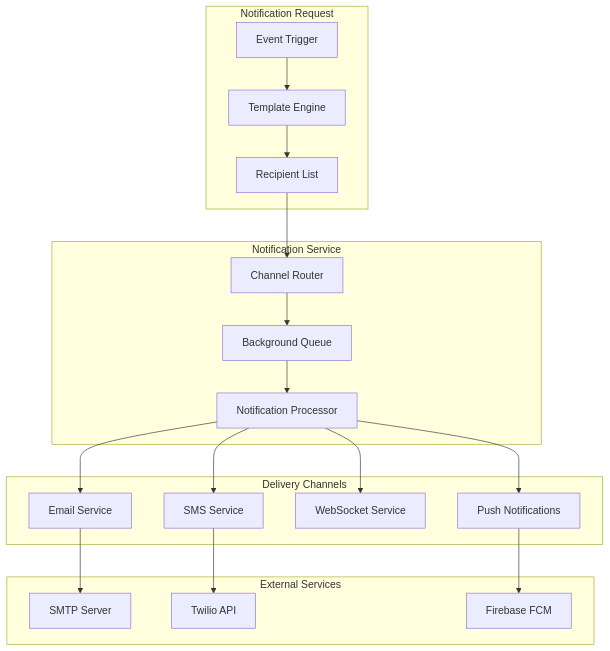
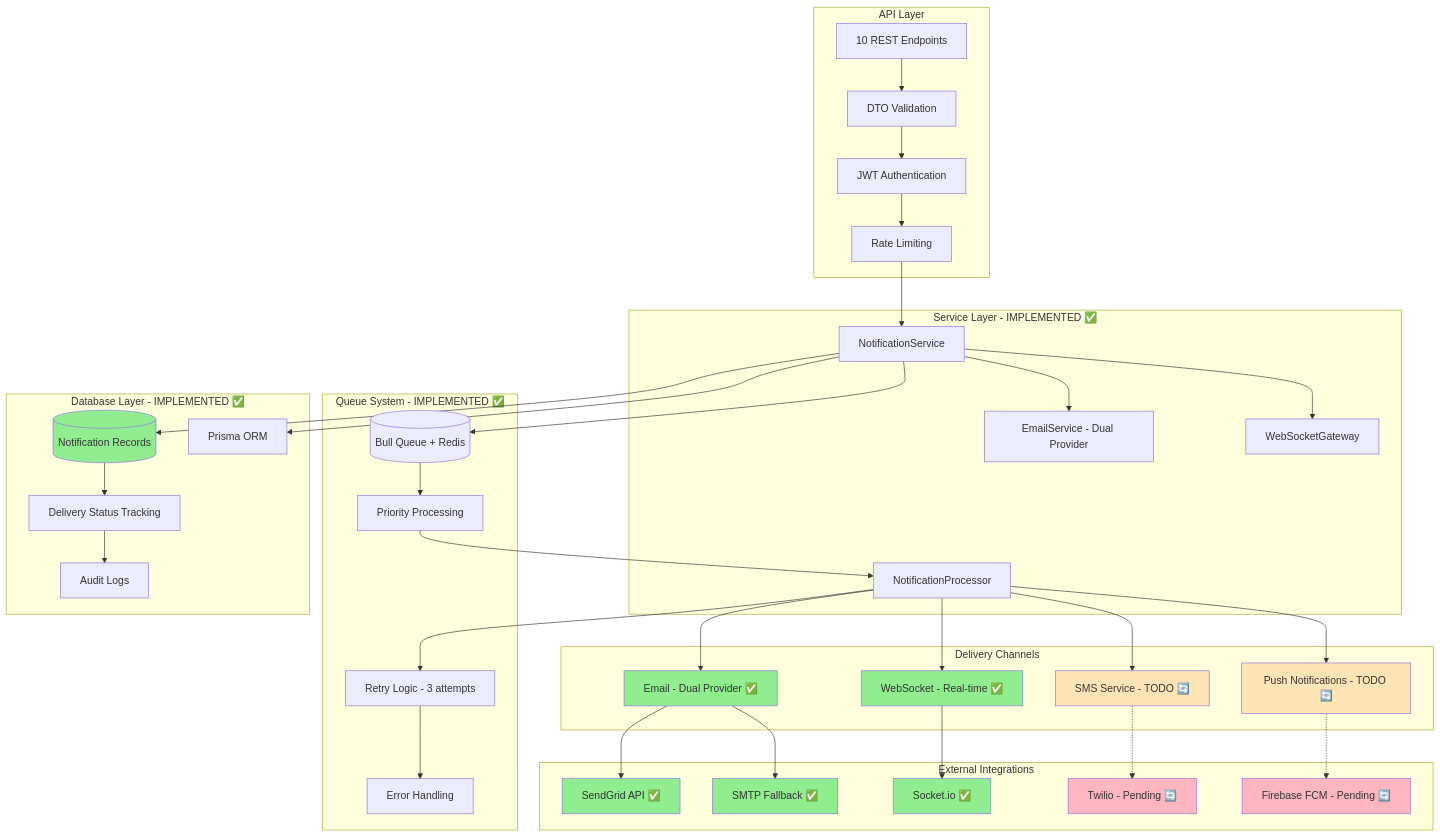
One commit to abdoElHodaky/sasscolmng changed diagram 11 of 20 in docs/ARCHITECTURE.md. Above: the diagram before and after it, drawn with Mermaid. The commit also changed other lines of this file and 6 other files, not shown here.

First line of the commit message:
feat: Complete notification system with SMS/Push services and billing foundation

````diff
--- a/docs/ARCHITECTURE.md
+++ b/docs/ARCHITECTURE.md
@@ -473,42 +473,86 @@
 ```mermaid
 graph TB
-    subgraph "Notification Request"
-        TRIGGER[Event Trigger]
-        TEMPLATE[Template Engine]
-        RECIPIENTS[Recipient List]
+    subgraph "API Layer"
+        REST_ENDPOINTS[10 REST Endpoints]
+        DTO_VALIDATION[DTO Validation]
+        JWT_AUTH[JWT Authentication]
+        RATE_LIMITING[Rate Limiting]
     end
     
-    subgraph "Notification Service"
-        ROUTER[Channel Router]
-        QUEUE[Background Queue]
-        PROCESSOR[Notification Processor]
+    subgraph "Service Layer - IMPLEMENTED ✅"
+        NOTIFICATION_SERVICE[NotificationService]
+        EMAIL_SERVICE[EmailService - Dual Provider]
+        WEBSOCKET_GATEWAY[WebSocketGateway]
+        NOTIFICATION_PROCESSOR[NotificationProcessor]
+    end
+    
+    subgraph "Queue System - IMPLEMENTED ✅"
+        BULL_QUEUE[(Bull Queue + Redis)]
+        PRIORITY_PROCESSING[Priority Processing]
+        RETRY_LOGIC[Retry Logic - 3 attempts]
+        ERROR_HANDLING[Error Handling]
     end
     
     subgraph "Delivery Channels"
-        EMAIL[Email Service]
-        SMS[SMS Service]
-        WEBSOCKET[WebSocket Service]
-        PUSH[Push Notifications]
+        EMAIL_DUAL[Email - Dual Provider ✅]
+        WEBSOCKET_REALTIME[WebSocket - Real-time ✅]
+        SMS_SERVICE[SMS Service - TODO 🔄]
+        PUSH_SERVICE[Push Notifications - TODO 🔄]
     end
     
-    subgraph "External Services"
-        SMTP[SMTP Server]
-        TWILIO[Twilio API]
-        FCM[Firebase FCM]
+    subgraph "External Integrations"
+        SENDGRID[SendGrid API ✅]
+        SMTP_SERVER[SMTP Fallback ✅]
+        SOCKET_IO[Socket.io ✅]
+        TWILIO[Twilio - Pending 🔄]
+        FCM[Firebase FCM - Pending 🔄]
     end
     
-    TRIGGER --> TEMPLATE
-    TEMPLATE --> RECIPIENTS
-    RECIPIENTS --> ROUTER
-    ROUTER --> QUEUE
-    QUEUE --> PROCESSOR
+    subgraph "Database Layer - IMPLEMENTED ✅"
+        NOTIFICATION_RECORDS[(Notification Records)]
+        DELIVERY_STATUS[Delivery Status Tracking]
+        AUDIT_LOGS[Audit Logs]
+        PRISMA_ORM[Prisma ORM]
+    end
     
-    PROCESSOR --> EMAIL
-    PROCESSOR --> SMS
-    PROCESSOR --> WEBSOCKET
-    PROCESSOR --> PUSH
+    REST_ENDPOINTS --> DTO_VALIDATION
+    DTO_VALIDATION --> JWT_AUTH
+    JWT_AUTH --> RATE_LIMITING
+    RATE_LIMITING --> NOTIFICATION_SERVICE
     
-    EMAIL --> SMTP
-    SMS --> TWILIO
-    PUSH --> FCM
+    NOTIFICATION_SERVICE --> EMAIL_SERVICE
+    NOTIFICATION_SERVICE --> WEBSOCKET_GATEWAY
+    NOTIFICATION_SERVICE --> BULL_QUEUE
+    NOTIFICATION_SERVICE --> PRISMA_ORM
+    
+    BULL_QUEUE --> PRIORITY_PROCESSING
+    PRIORITY_PROCESSING --> NOTIFICATION_PROCESSOR
+    NOTIFICATION_PROCESSOR --> RETRY_LOGIC
+    RETRY_LOGIC --> ERROR_HANDLING
+    
+    NOTIFICATION_PROCESSOR --> EMAIL_DUAL
+    NOTIFICATION_PROCESSOR --> WEBSOCKET_REALTIME
+    NOTIFICATION_PROCESSOR --> SMS_SERVICE
+    NOTIFICATION_PROCESSOR --> PUSH_SERVICE
+    
+    EMAIL_DUAL --> SENDGRID
+    EMAIL_DUAL --> SMTP_SERVER
+    WEBSOCKET_REALTIME --> SOCKET_IO
+    SMS_SERVICE -.-> TWILIO
+    PUSH_SERVICE -.-> FCM
+    
+    NOTIFICATION_SERVICE --> NOTIFICATION_RECORDS
+    NOTIFICATION_RECORDS --> DELIVERY_STATUS
+    DELIVERY_STATUS --> AUDIT_LOGS
+    
+    style EMAIL_DUAL fill:#90EE90
+    style WEBSOCKET_REALTIME fill:#90EE90
+    style SENDGRID fill:#90EE90
+    style SMTP_SERVER fill:#90EE90
+    style SOCKET_IO fill:#90EE90
+    style NOTIFICATION_RECORDS fill:#90EE90
+    style SMS_SERVICE fill:#FFE4B5
+    style PUSH_SERVICE fill:#FFE4B5
+    style TWILIO fill:#FFB6C1
+    style FCM fill:#FFB6C1
 ```
````
